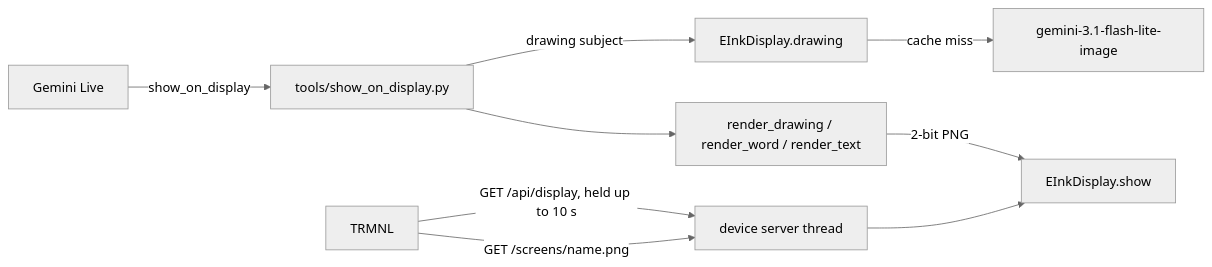
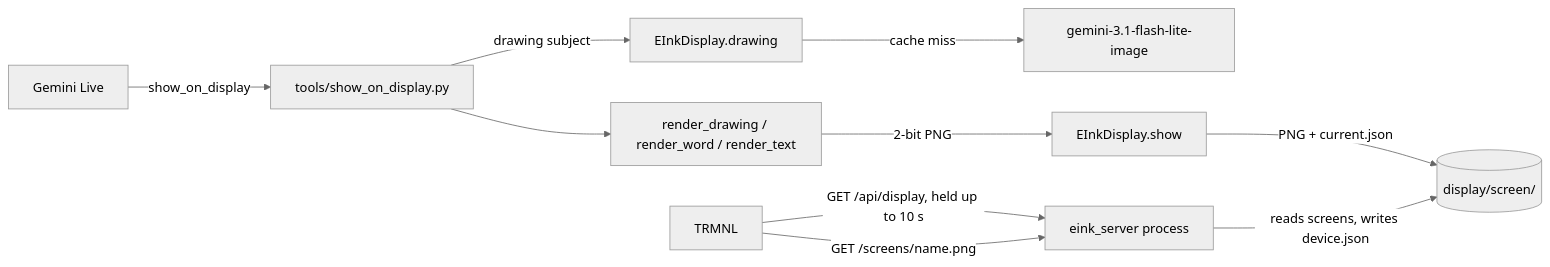
The second of 2 diagrams in docs/features/eink-display.md (eduardoyi/reachy_mini_conversation_app), drawn with Mermaid (neutral theme) before and after one commit. The commit also changed other lines of this file and 8 other files, not shown here.

First line of the commit message:
fix(display): keep the TRMNL awake across restarts and stop claiming unseen screens

````diff
--- a/docs/features/eink-display.md
+++ b/docs/features/eink-display.md
@@ -87,11 +95,12 @@
 ```mermaid
 flowchart LR
   Live[Gemini Live] -->|show_on_display| Tool[tools/show_on_display.py]
   Tool -->|drawing subject| Draw[EInkDisplay.drawing]
   Draw -->|cache miss| Gemini[gemini-3.1-flash-lite-image]
   Tool --> Render[render_drawing / render_word / render_text]
   Render -->|2-bit PNG| State[EInkDisplay.show]
-  TRMNL -->|GET /api/display, held up to 10 s| Server[device server thread]
-  Server --> State
+  State -->|PNG + current.json| Spool[(display/screen/)]
+  TRMNL -->|GET /api/display, held up to 10 s| Server[eink_server process]
+  Server -->|reads screens, writes device.json| Spool
   TRMNL -->|GET /screens/name.png| Server
 ```
````
